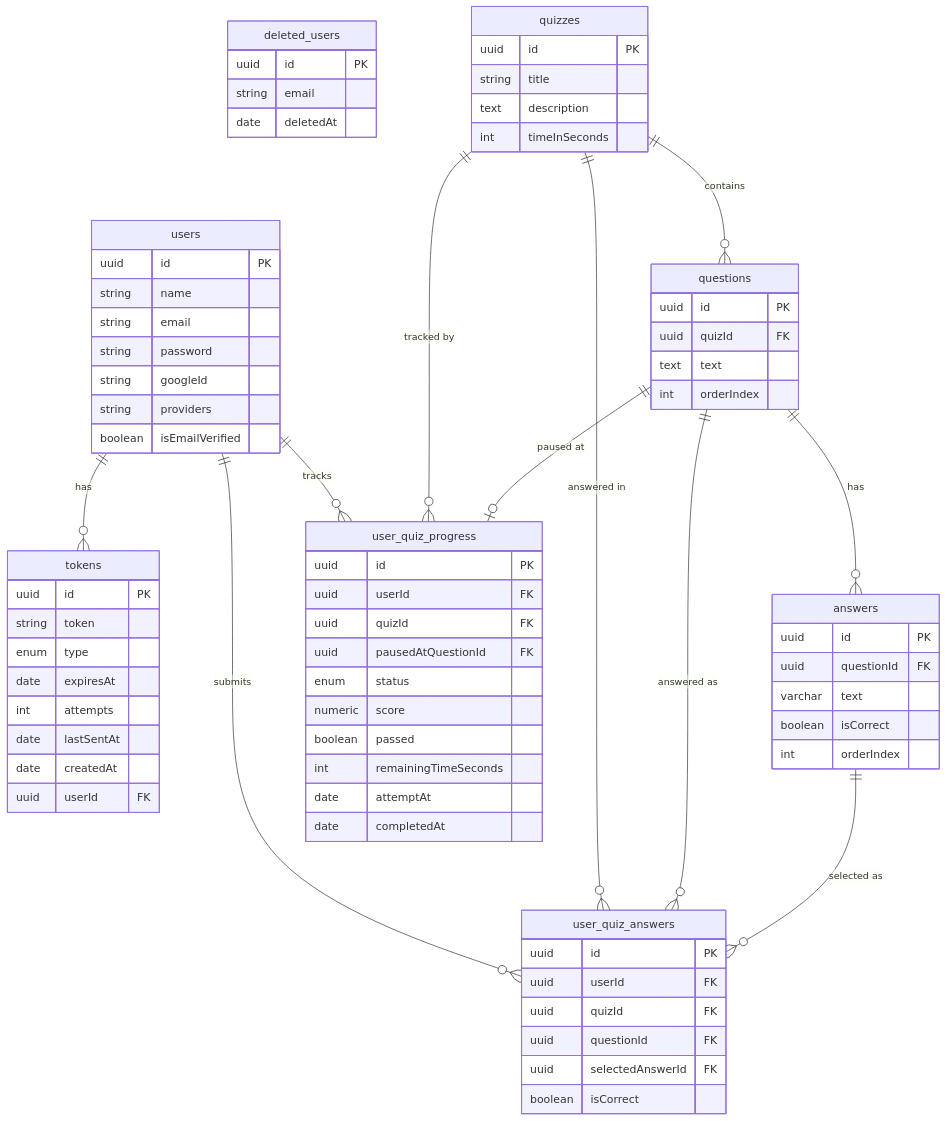
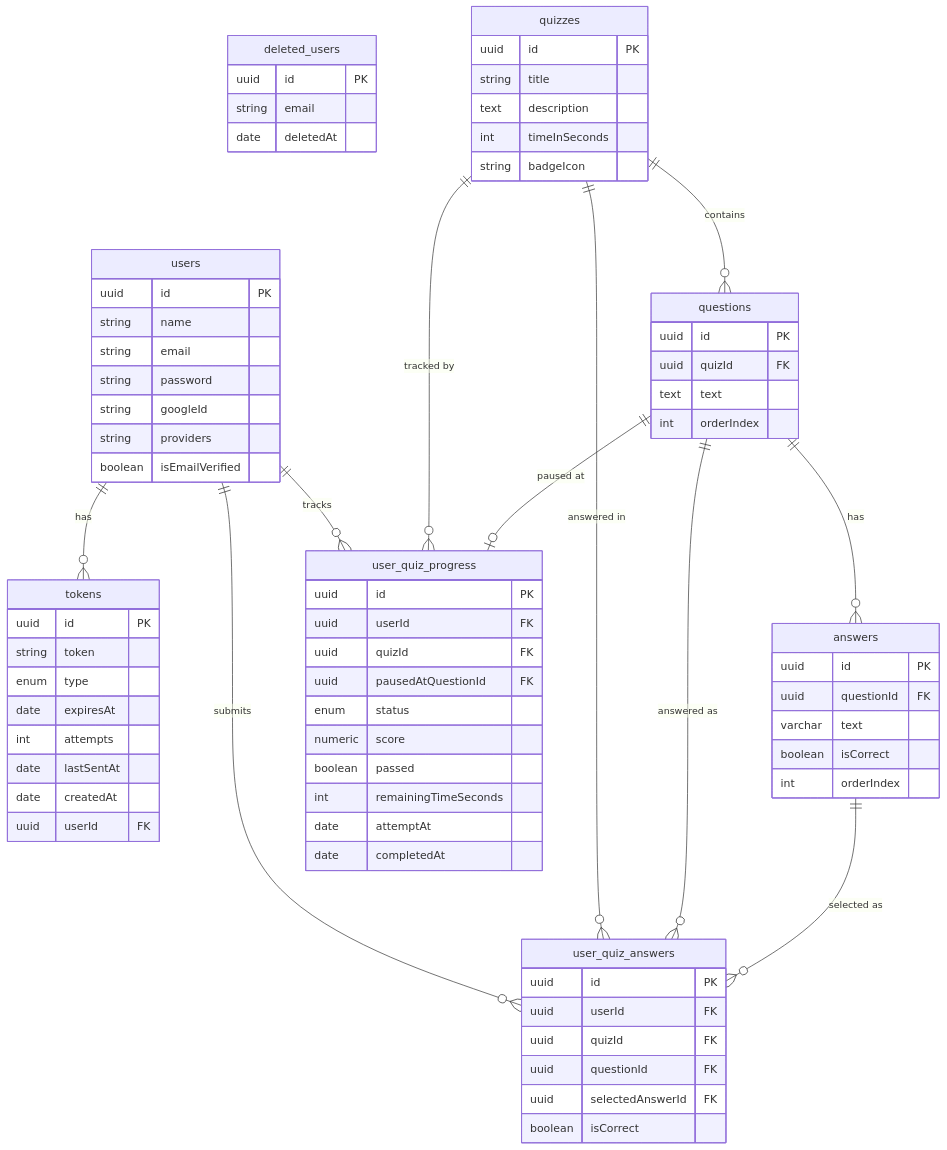
One commit to Ahmed-Elgammal-900/Quiz-App-Back-End changed the fifth of 5 diagrams in README.md. Above: the diagram before and after it, drawn with Mermaid. The commit also changed other lines of this file and 6 other files, not shown here.

````diff
--- a/README.md
+++ b/README.md
@@ -479,77 +481,78 @@
 ```mermaid
 erDiagram
   users {
     uuid id PK
     string name
     string email
     string password
     string googleId
     string providers
     boolean isEmailVerified
   }
   tokens {
     uuid id PK
     string token
     enum type
     date expiresAt
     int attempts
     date lastSentAt
     date createdAt
     uuid userId FK
   }
   deleted_users {
     uuid id PK
     string email
     date deletedAt
   }
   quizzes {
     uuid id PK
     string title
     text description
     int timeInSeconds
+    string badgeIcon
   }
   questions {
     uuid id PK
     uuid quizId FK
     text text
     int orderIndex
   }
   answers {
     uuid id PK
     uuid questionId FK
     varchar text
     boolean isCorrect
     int orderIndex
   }
   user_quiz_progress {
     uuid id PK
     uuid userId FK
     uuid quizId FK
     uuid pausedAtQuestionId FK
     enum status
     numeric score
     boolean passed
     int remainingTimeSeconds
     date attemptAt
     date completedAt
   }
   user_quiz_answers {
     uuid id PK
     uuid userId FK
     uuid quizId FK
     uuid questionId FK
     uuid selectedAnswerId FK
     boolean isCorrect
   }
 
   users ||--o{ tokens : "has"
   users ||--o{ user_quiz_progress : "tracks"
   users ||--o{ user_quiz_answers : "submits"
   quizzes ||--o{ questions : "contains"
   questions ||--o{ answers : "has"
   quizzes ||--o{ user_quiz_progress : "tracked by"
   quizzes ||--o{ user_quiz_answers : "answered in"
   questions ||--o{ user_quiz_answers : "answered as"
   answers ||--o{ user_quiz_answers : "selected as"
   questions ||--o| user_quiz_progress : "paused at"
 ```
````
